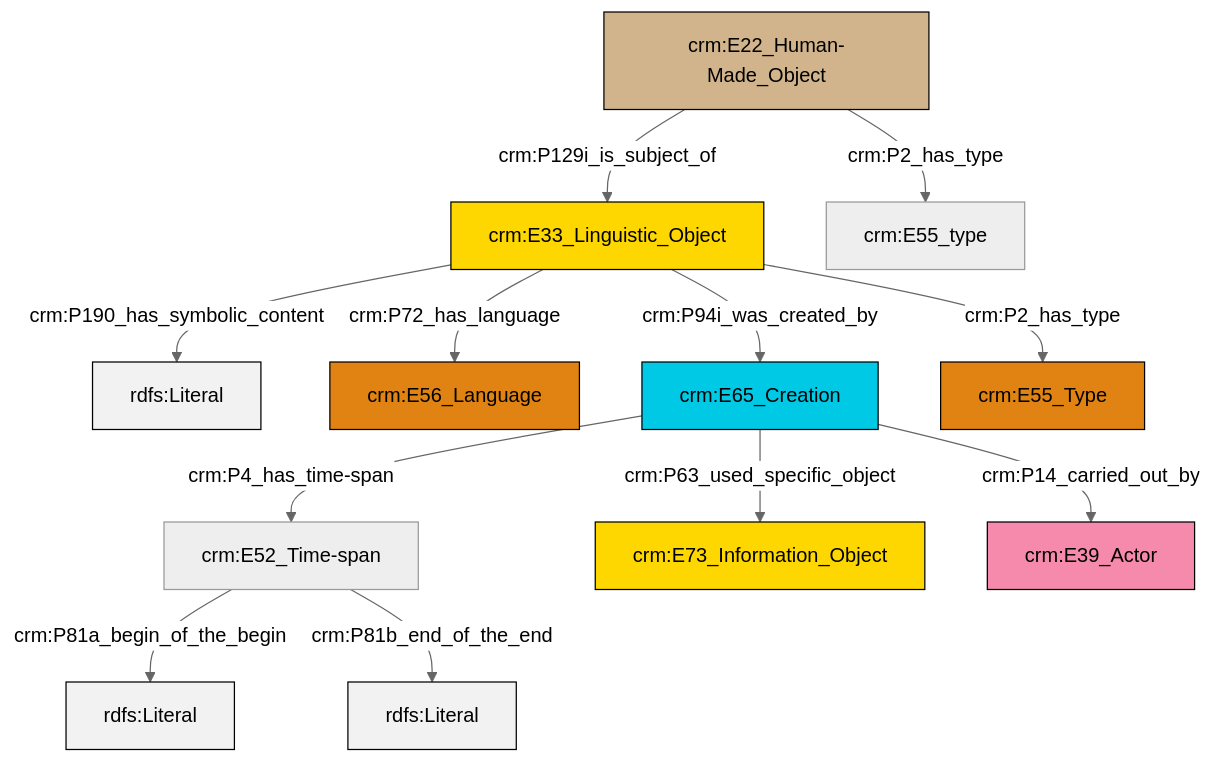
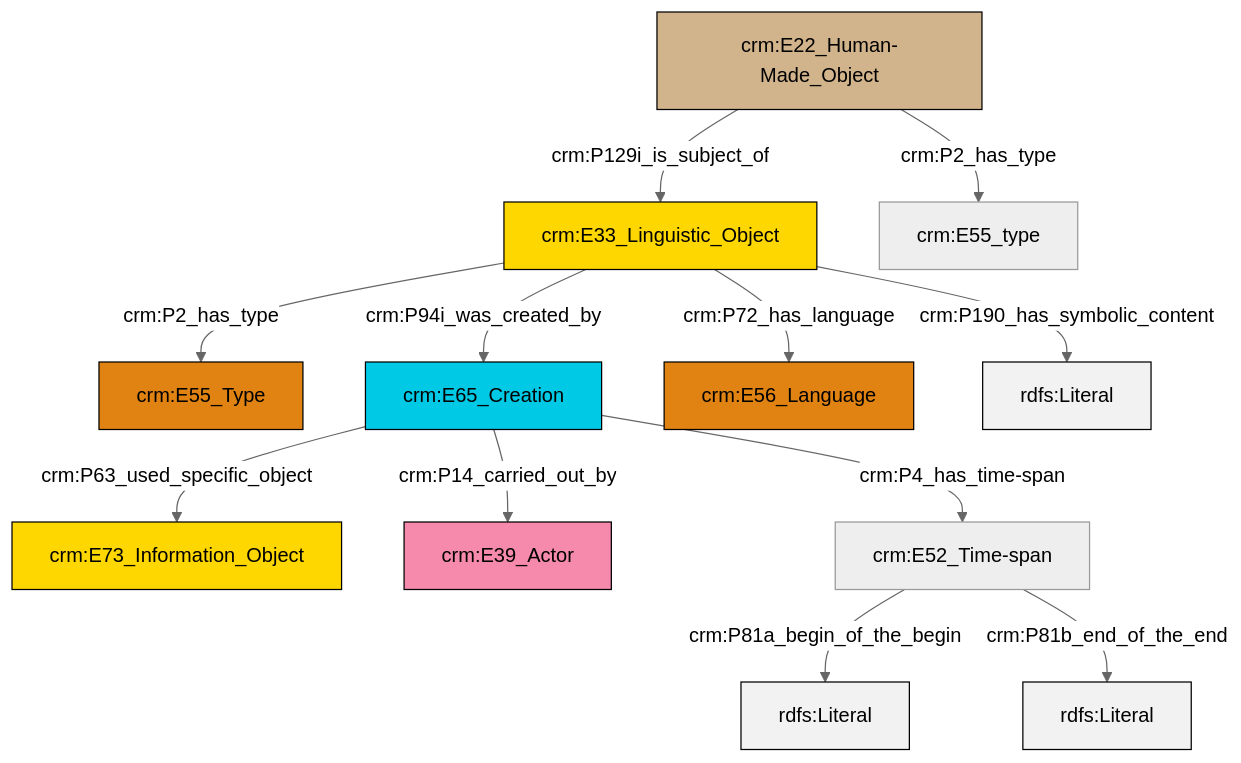
The diagram in et/builtWorkCSV/ttl/mmd/Built_Work_description.ttl.mmd (swiss-art-research-net/reference-data-models), drawn with Mermaid (neutral theme) before and after one commit. The commit also changed 128 other files, not shown here.

```diff
--- a/et/builtWorkCSV/ttl/mmd/Built_Work_description.ttl.mmd
+++ b/et/builtWorkCSV/ttl/mmd/Built_Work_description.ttl.mmd
@@ -1,26 +1,26 @@
 graph TD
 classDef Literal fill:#f2f2f2,stroke:#000000;
 classDef CRM_Entity fill:#FFFFFF,stroke:#000000;
 classDef Temporal_Entity fill:#00C9E6, stroke:#000000;
 classDef Type fill:#E18312, stroke:#000000;
 classDef Time-Span fill:#2C9C91, stroke:#000000;
 classDef Appellation fill:#FFEB7F, stroke:#000000;
 classDef Place fill:#008836, stroke:#000000;
 classDef Persistent_Item fill:#B266B2, stroke:#000000;
 classDef Conceptual_Object fill:#FFD700, stroke:#000000;
 classDef Physical_Thing fill:#D2B48C, stroke:#000000;
 classDef Actor fill:#f58aad, stroke:#000000;
 classDef PC_Classes fill:#4ce600, stroke:#000000;
 classDef Multi fill:#cccccc,stroke:#000000;
 
-0["crm:E33_Linguistic_Object"]:::Conceptual_Object -->|crm:P190_has_symbolic_content| 1[rdfs:Literal]:::Literal
-2["crm:E52_Time-span"]:::Default -->|crm:P81a_begin_of_the_begin| 3[rdfs:Literal]:::Literal
-0["crm:E33_Linguistic_Object"]:::Conceptual_Object -->|crm:P94i_was_created_by| 6["crm:E65_Creation"]:::Temporal_Entity
-7["crm:E22_Human-Made_Object"]:::Physical_Thing -->|crm:P2_has_type| 8["crm:E55_type"]:::Default
-7["crm:E22_Human-Made_Object"]:::Physical_Thing -->|crm:P129i_is_subject_of| 0["crm:E33_Linguistic_Object"]:::Conceptual_Object
-2["crm:E52_Time-span"]:::Default -->|crm:P81b_end_of_the_end| 11[rdfs:Literal]:::Literal
-6["crm:E65_Creation"]:::Temporal_Entity -->|crm:P4_has_time-span| 2["crm:E52_Time-span"]:::Default
-6["crm:E65_Creation"]:::Temporal_Entity -->|crm:P63_used_specific_object| 9["crm:E73_Information_Object"]:::Conceptual_Object
-0["crm:E33_Linguistic_Object"]:::Conceptual_Object -->|crm:P2_has_type| 13["crm:E55_Type"]:::Type
-6["crm:E65_Creation"]:::Temporal_Entity -->|crm:P14_carried_out_by| 14["crm:E39_Actor"]:::Actor
-0["crm:E33_Linguistic_Object"]:::Conceptual_Object -->|crm:P72_has_language| 4["crm:E56_Language"]:::Type
+0["crm:E33_Linguistic_Object"]:::Conceptual_Object -->|crm:P2_has_type| 2["crm:E55_Type"]:::Type
+5["crm:E65_Creation"]:::Temporal_Entity -->|crm:P14_carried_out_by| 7["crm:E39_Actor"]:::Actor
+12["crm:E22_Human-Made_Object"]:::Physical_Thing -->|crm:P129i_is_subject_of| 0["crm:E33_Linguistic_Object"]:::Conceptual_Object
+5["crm:E65_Creation"]:::Temporal_Entity -->|crm:P63_used_specific_object| 3["crm:E73_Information_Object"]:::Conceptual_Object
+15["crm:E52_Time-span"]:::Default -->|crm:P81a_begin_of_the_begin| 16[rdfs:Literal]:::Literal
+15["crm:E52_Time-span"]:::Default -->|crm:P81b_end_of_the_end| 17[rdfs:Literal]:::Literal
+0["crm:E33_Linguistic_Object"]:::Conceptual_Object -->|crm:P190_has_symbolic_content| 19[rdfs:Literal]:::Literal
+0["crm:E33_Linguistic_Object"]:::Conceptual_Object -->|crm:P72_has_language| 10["crm:E56_Language"]:::Type
+0["crm:E33_Linguistic_Object"]:::Conceptual_Object -->|crm:P94i_was_created_by| 5["crm:E65_Creation"]:::Temporal_Entity
+5["crm:E65_Creation"]:::Temporal_Entity -->|crm:P4_has_time-span| 15["crm:E52_Time-span"]:::Default
+12["crm:E22_Human-Made_Object"]:::Physical_Thing -->|crm:P2_has_type| 8["crm:E55_type"]:::Default
```
